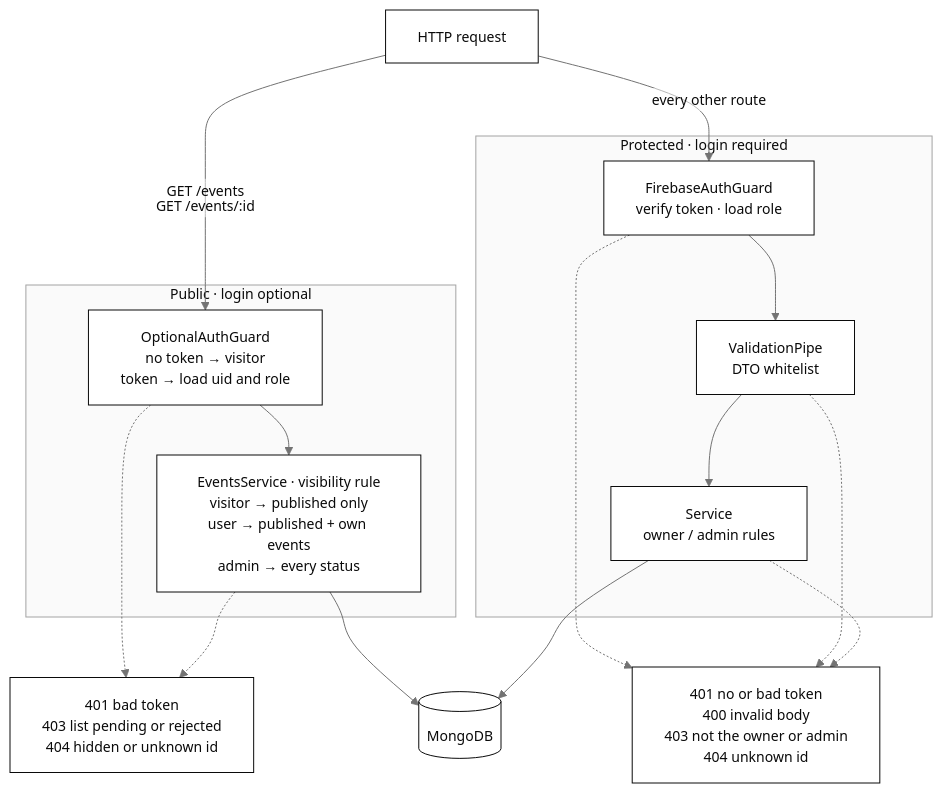
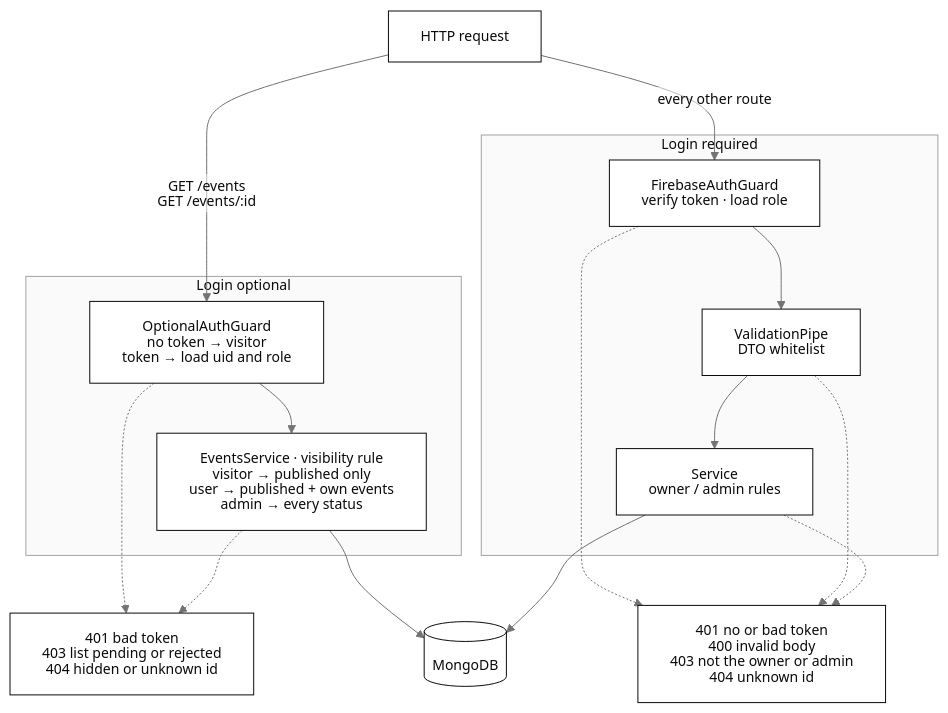
Before and after one commit to juannarowe/artroute: the third of 9 diagrams in README.md, drawn with Mermaid. The commit also changed other lines of this file, not shown here.

Commit message:
docs: draw diagram labels as SVG text so GitHub does not clip them

````diff
--- a/README.md
+++ b/README.md
@@ -148,34 +148,34 @@
 ```mermaid
-%%{init: {"theme": "base", "flowchart": {"htmlLabels": false, "padding": 16}, "themeVariables": {"fontSize": "14px", "primaryColor": "#ffffff", "primaryTextColor": "#0a0a0a", "primaryBorderColor": "#0a0a0a", "secondaryColor": "#f5f5f5", "tertiaryColor": "#fafafa", "lineColor": "#737373", "textColor": "#737373", "clusterBkg": "#fafafa", "clusterBorder": "#a3a3a3", "titleColor": "#0a0a0a", "edgeLabelBackground": "#ffffff", "actorBkg": "#ffffff", "actorBorder": "#0a0a0a", "actorTextColor": "#0a0a0a", "actorLineColor": "#a3a3a3", "signalColor": "#737373", "signalTextColor": "#737373", "noteBkgColor": "#f5f5f5", "noteBorderColor": "#a3a3a3", "noteTextColor": "#0a0a0a", "labelBoxBkgColor": "#ffffff", "labelBoxBorderColor": "#0a0a0a", "labelTextColor": "#0a0a0a", "loopTextColor": "#737373", "activationBkgColor": "#f5f5f5", "activationBorderColor": "#0a0a0a", "attributeBackgroundColorOdd": "#ffffff", "attributeBackgroundColorEven": "#f5f5f5"}}}%%
+%%{init: {"theme": "base", "htmlLabels": false, "flowchart": {"htmlLabels": false, "padding": 16, "wrappingWidth": 400}, "themeVariables": {"fontSize": "14px", "primaryColor": "#ffffff", "primaryTextColor": "#0a0a0a", "primaryBorderColor": "#0a0a0a", "secondaryColor": "#f5f5f5", "tertiaryColor": "#fafafa", "lineColor": "#737373", "textColor": "#737373", "clusterBkg": "#fafafa", "clusterBorder": "#a3a3a3", "titleColor": "#0a0a0a", "edgeLabelBackground": "#ffffff", "actorBkg": "#ffffff", "actorBorder": "#0a0a0a", "actorTextColor": "#0a0a0a", "actorLineColor": "#a3a3a3", "signalColor": "#737373", "signalTextColor": "#737373", "noteBkgColor": "#f5f5f5", "noteBorderColor": "#a3a3a3", "noteTextColor": "#0a0a0a", "labelBoxBkgColor": "#ffffff", "labelBoxBorderColor": "#0a0a0a", "labelTextColor": "#0a0a0a", "loopTextColor": "#737373", "activationBkgColor": "#f5f5f5", "activationBorderColor": "#0a0a0a", "attributeBackgroundColorOdd": "#ffffff", "attributeBackgroundColorEven": "#f5f5f5"}}}%%
 flowchart TB
   req["HTTP request"]
 
-  subgraph publicRoutes ["Public · login optional"]
+  subgraph publicRoutes ["Login optional"]
     optional["OptionalAuthGuard<br/>no token → visitor<br/>token → load uid and role"]
     visibility["EventsService · visibility rule<br/>visitor → published only<br/>user → published + own events<br/>admin → every status"]
     optional --> visibility
   end
 
-  subgraph protectedRoutes ["Protected · login required"]
+  subgraph protectedRoutes ["Login required"]
     guard["FirebaseAuthGuard<br/>verify token · load role"]
     pipe["ValidationPipe<br/>DTO whitelist"]
     rules["Service<br/>owner / admin rules"]
     guard --> pipe
     pipe --> rules
   end
 
   req -- "GET /events<br/>GET /events/:id" --> optional
   req -- "every other route" --> guard
 
   publicErrors["401 bad token<br/>403 list pending or rejected<br/>404 hidden or unknown id"]
   protectedErrors["401 no or bad token<br/>400 invalid body<br/>403 not the owner or admin<br/>404 unknown id"]
   db[("MongoDB")]
 
   optional -.-> publicErrors
   visibility -.-> publicErrors
   guard -.-> protectedErrors
   pipe -.-> protectedErrors
   rules -.-> protectedErrors
   visibility --> db
   rules --> db
 ```
````
